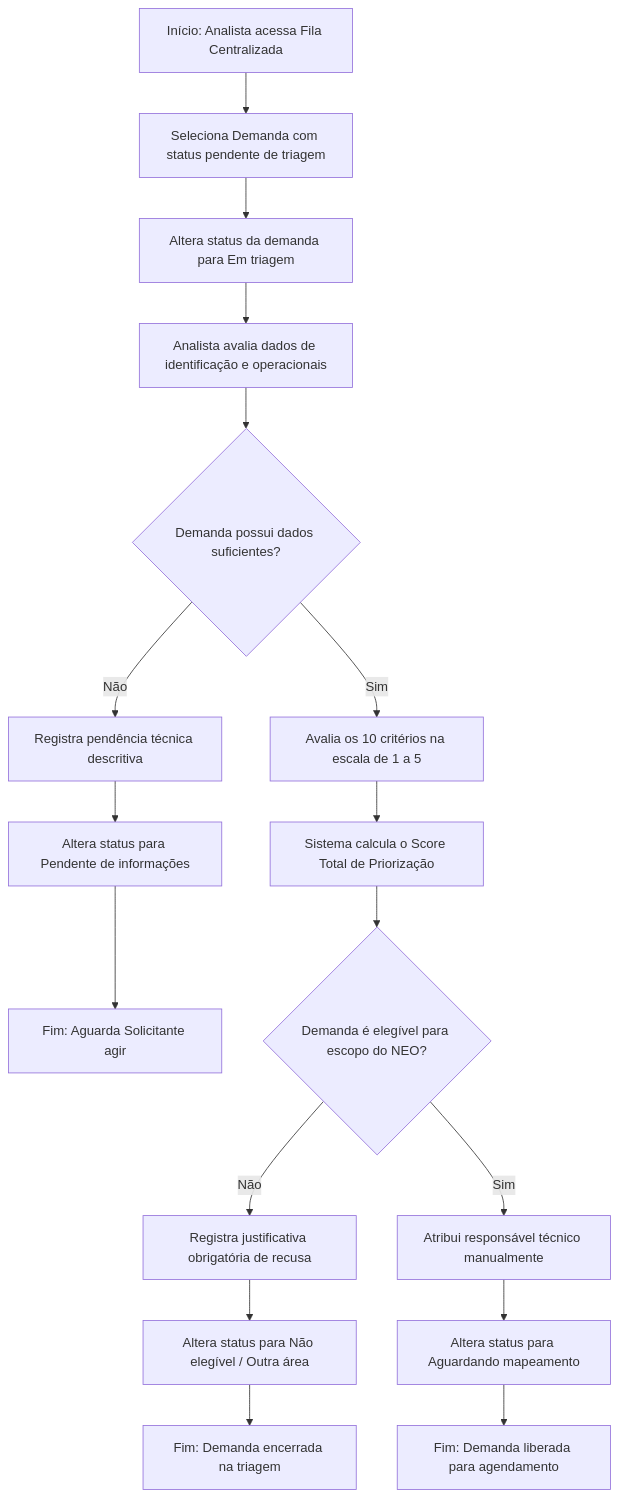
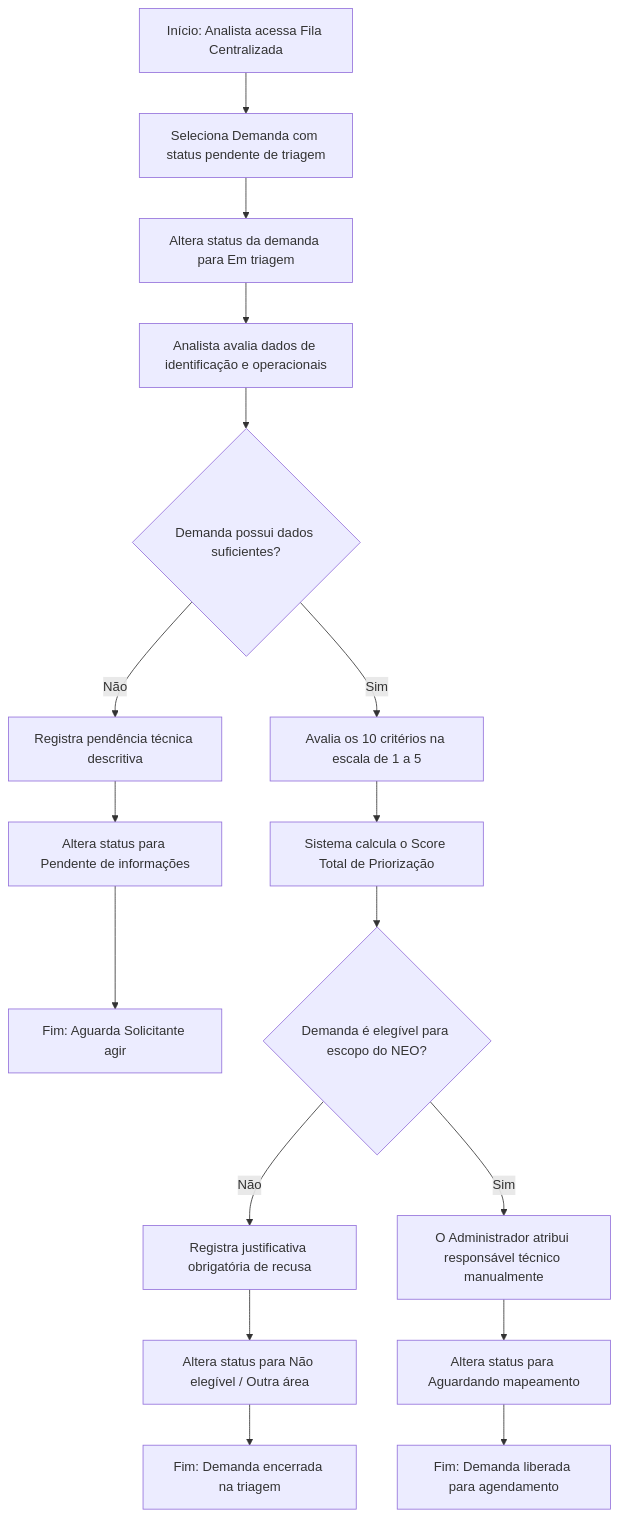
Before and after one commit to NEO-Kaizen/tirador-pedidos-NEO: the diagram in docs/produto/fluxos/triagem-e-priorizacao.md, drawn with Mermaid. The commit also changed other lines of this file, not shown here.

````diff
--- a/docs/produto/fluxos/triagem-e-priorizacao.md
+++ b/docs/produto/fluxos/triagem-e-priorizacao.md
@@ -15,19 +15,19 @@
 ```mermaid
 flowchart TD
     A[Início: Analista acessa Fila Centralizada] --> B[Seleciona Demanda com status pendente de triagem]
     B --> C[Altera status da demanda para Em triagem]
     C --> D[Analista avalia dados de identificação e operacionais]
     D --> E{Demanda possui dados suficientes?}
     E -- Não --> F[Registra pendência técnica descritiva]
     F --> G[Altera status para Pendente de informações]
     G --> H[Fim: Aguarda Solicitante agir]
     E -- Sim --> I[Avalia os 10 critérios na escala de 1 a 5]
     I --> J[Sistema calcula o Score Total de Priorização]
     J --> K{Demanda é elegível para escopo do NEO?}
     K -- Não --> L[Registra justificativa obrigatória de recusa]
     L --> M[Altera status para Não elegível / Outra área]
     M --> N[Fim: Demanda encerrada na triagem]
-    K -- Sim --> O[Atribui responsável técnico manualmente]
+    K -- Sim --> O[O Administrador atribui responsável técnico manualmente]
     O --> P[Altera status para Aguardando mapeamento]
     P --> Q[Fim: Demanda liberada para agendamento]
 ```
````
